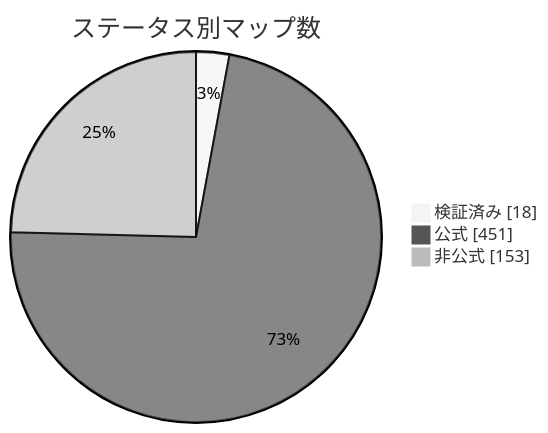
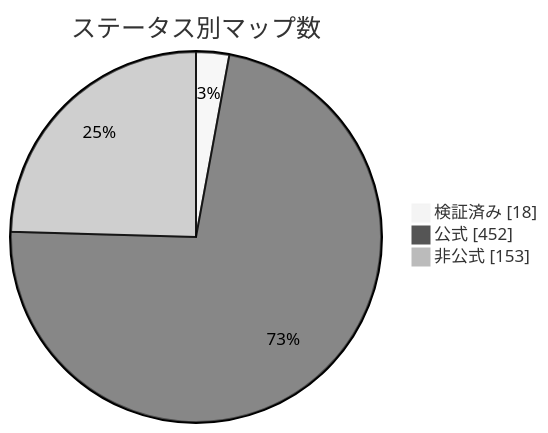
The diagram in docs/readme/README_JP.md (nobrega8/mbmap-library), drawn with Mermaid (neutral theme) before and after one commit. The commit also changed 6 other files, not shown here.

````diff
--- a/docs/readme/README_JP.md
+++ b/docs/readme/README_JP.md
@@ -54,7 +54,7 @@
 ```mermaid
 pie showData
     title ステータス別マップ数
     "検証済み" : 18
-    "公式" : 451
+    "公式" : 452
     "非公式" : 153
 ```
````
